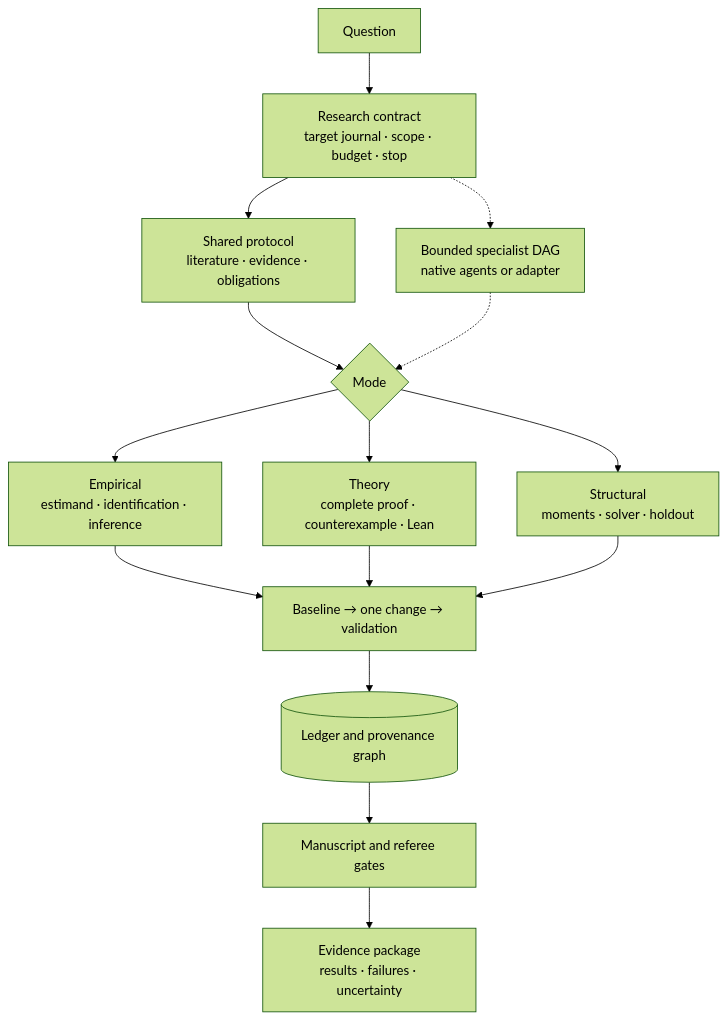
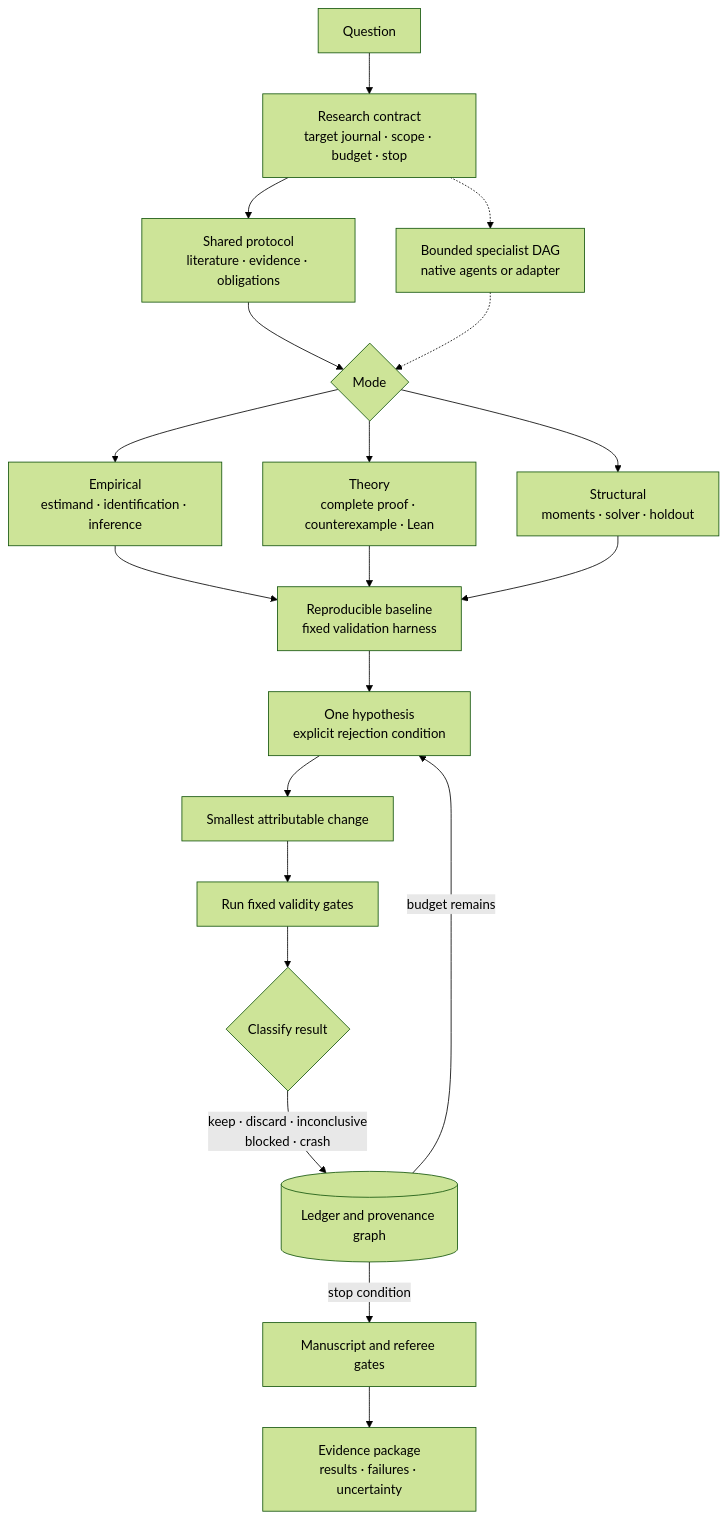
Before and after one commit to Tohskcid/econ-research-lab: the diagram in README.md, drawn with Mermaid (forest theme). The commit also changed other lines of this file, not shown here.

Commit message:
docs: make research engineering loop explicit

````diff
--- a/README.md
+++ b/README.md
@@ -9,17 +9,22 @@
 ```mermaid
 flowchart TD
     Q[Question] --> C[Research contract<br/>target journal · scope · budget · stop]
     C --> S[Shared protocol<br/>literature · evidence · obligations]
     C -.-> A[Bounded specialist DAG<br/>native agents or adapter]
     S --> R{Mode}
     R --> E[Empirical<br/>estimand · identification · inference]
     R --> T[Theory<br/>complete proof · counterexample · Lean]
     R --> X[Structural<br/>moments · solver · holdout]
     A -.-> R
-    E --> L[Baseline → one change → validation]
-    T --> L
-    X --> L
-    L --> P[(Ledger and provenance graph)]
-    P --> M[Manuscript and referee gates]
+    E --> B[Reproducible baseline<br/>fixed validation harness]
+    T --> B
+    X --> B
+    B --> H[One hypothesis<br/>explicit rejection condition]
+    H --> D1[Smallest attributable change]
+    D1 --> V[Run fixed validity gates]
+    V --> K{Classify result}
+    K -->|keep · discard · inconclusive<br/>blocked · crash| P[(Ledger and provenance graph)]
+    P -->|budget remains| H
+    P -->|stop condition| M[Manuscript and referee gates]
     M --> D[Evidence package<br/>results · failures · uncertainty]
 ```
````
